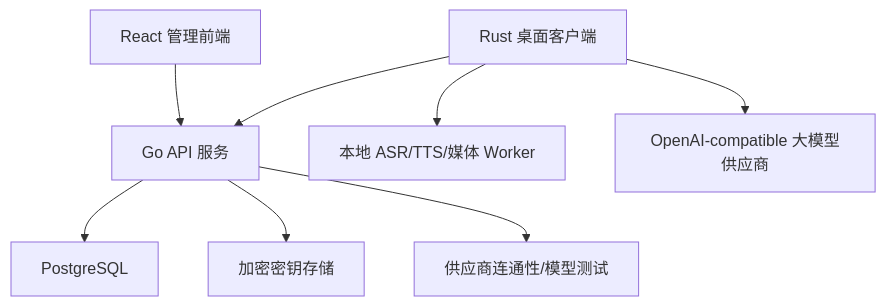
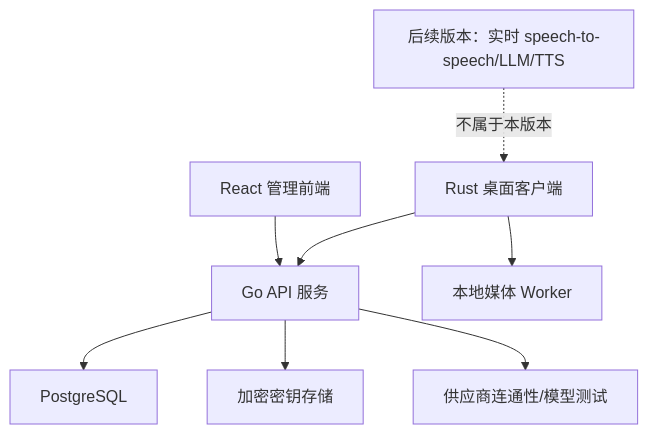
One commit to asd494235908/autolive changed the first of 2 diagrams in 管理系统架构.md. Above: the diagram before and after it, drawn with Mermaid. The commit also changed other lines of this file and 165 other files, not shown here.

````diff
--- a/管理系统架构.md
+++ b/管理系统架构.md
@@ -18,10 +20,10 @@
 ```mermaid
 flowchart TB
     Browser["React 管理前端"] --> GoAPI["Go API 服务"]
     GoAPI --> PostgreSQL["PostgreSQL"]
     GoAPI --> SecretStore["加密密钥存储"]
     GoAPI --> LLMTest["供应商连通性/模型测试"]
     Desktop["Rust 桌面客户端"] --> GoAPI
-    Desktop --> MediaWorker["本地 ASR/TTS/媒体 Worker"]
-    Desktop --> LLM["OpenAI-compatible 大模型供应商"]
+    Desktop --> MediaWorker["本地媒体 Worker"]
+    FutureSpeech["后续版本：实时 speech-to-speech/LLM/TTS"] -.不属于本版本.-> Desktop
 ```
````
